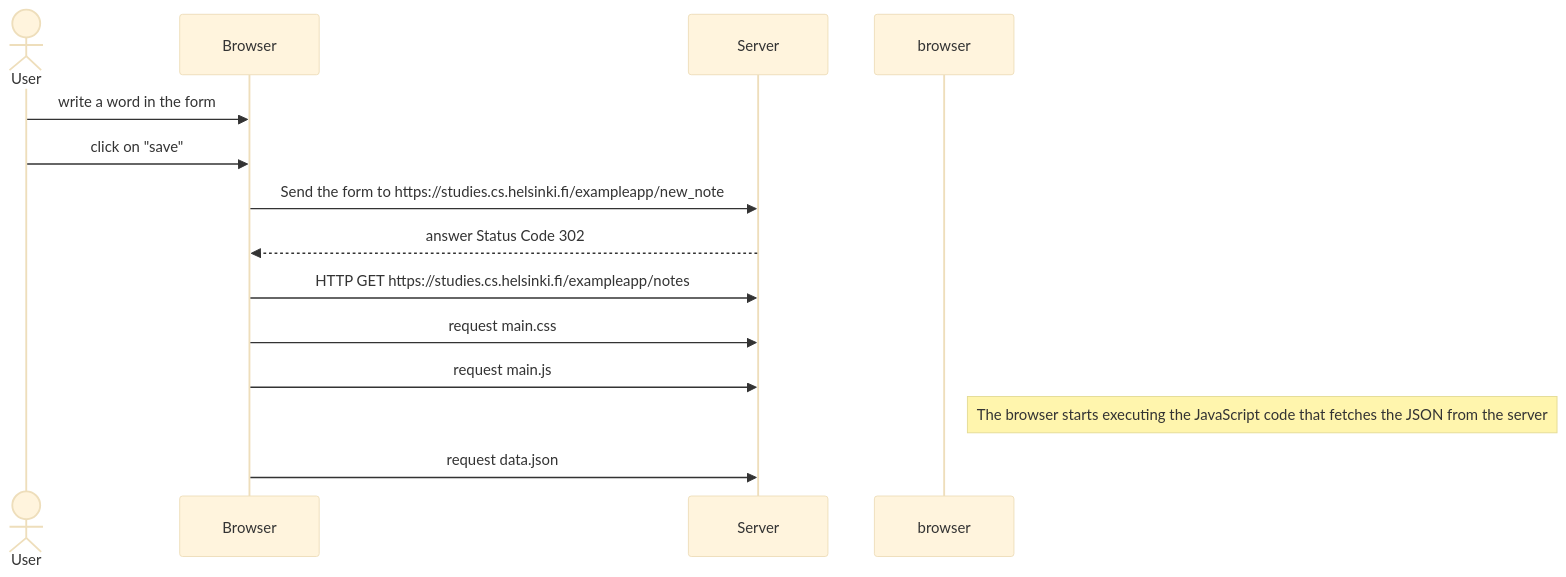
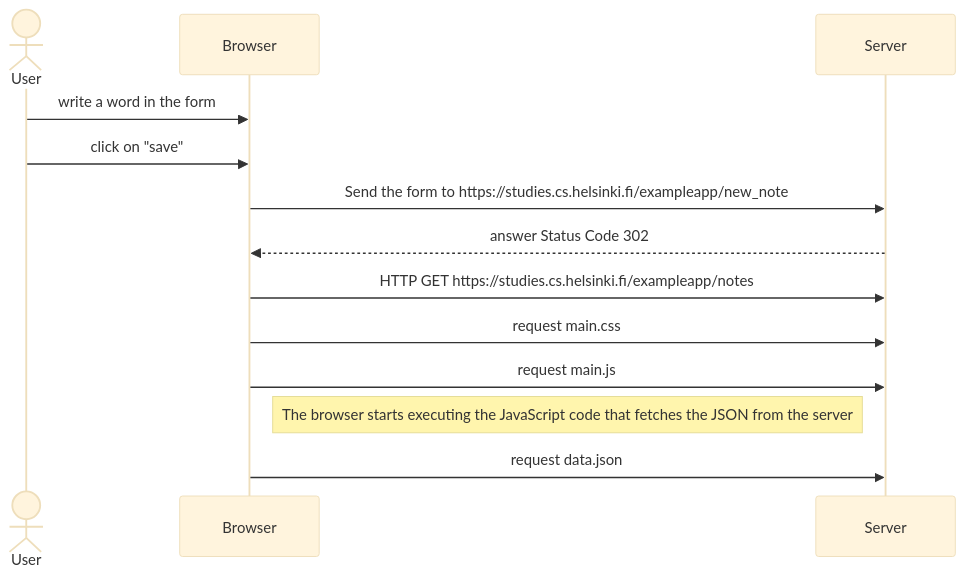
The diagram in diagram.md (Blackleaf3416/Fullstackopen-part0), drawn with Mermaid (base theme) before and after one commit.

````diff
--- a/diagram.md
+++ b/diagram.md
@@ -1,16 +1,16 @@
 ```mermaid
 sequenceDiagram
 actor User
 participant Browser
 participant Server
 User->>Browser: write a word in the form
 User->>Browser: click on "save"
 Browser->>Server: Send the form to https://studies.cs.helsinki.fi/exampleapp/new_note
 Server-->>Browser: answer Status Code 302
 Browser->>Server: HTTP GET https://studies.cs.helsinki.fi/exampleapp/notes
 Browser->>Server: request main.css
 Browser->>Server: request main.js
-Note right of browser: The browser starts executing the JavaScript code that fetches the JSON from the server
+Note right of Browser: The browser starts executing the JavaScript code that fetches the JSON from the server
 Browser->>Server: request data.json
   
 ```
````
